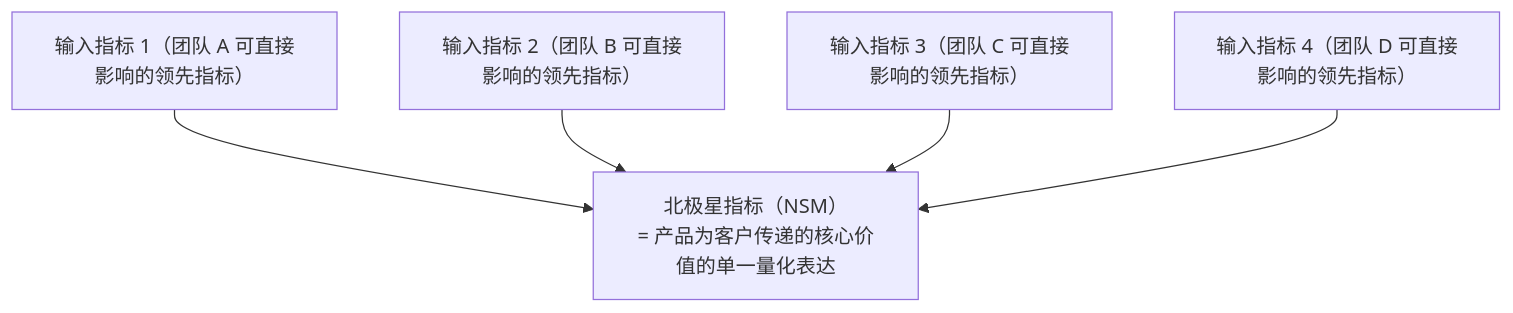
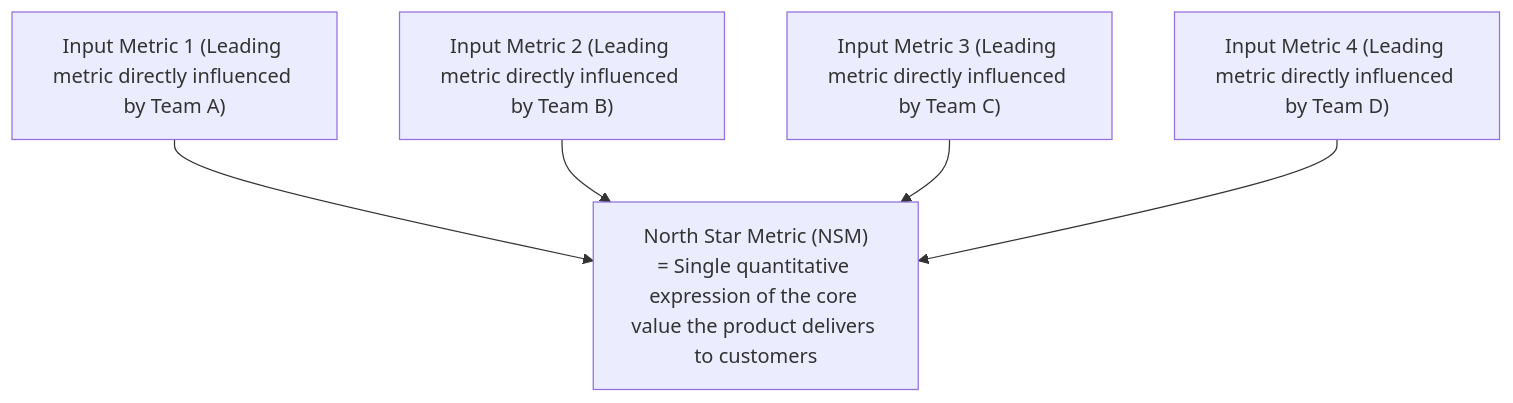
The first of 2 diagrams in references/product-growth/north-star.md (Kirky-X/kueiku), drawn with Mermaid before and after one commit. The commit also changed other lines of this file and 126 other files, not shown here.

````diff
--- a/references/product-growth/north-star.md
+++ b/references/product-growth/north-star.md
@@ -7,8 +7,8 @@
 ```mermaid
 flowchart TD
-    NSM["北极星指标（NSM）<br/>= 产品为客户传递的核心价值的单一量化表达"]
-    I1["输入指标 1（团队 A 可直接影响的领先指标）"] --> NSM
-    I2["输入指标 2（团队 B 可直接影响的领先指标）"] --> NSM
-    I3["输入指标 3（团队 C 可直接影响的领先指标）"] --> NSM
-    I4["输入指标 4（团队 D 可直接影响的领先指标）"] --> NSM
+    NSM["North Star Metric (NSM)<br/>= Single quantitative expression of the core value the product delivers to customers"]
+    I1["Input Metric 1 (Leading metric directly influenced by Team A)"] --> NSM
+    I2["Input Metric 2 (Leading metric directly influenced by Team B)"] --> NSM
+    I3["Input Metric 3 (Leading metric directly influenced by Team C)"] --> NSM
+    I4["Input Metric 4 (Leading metric directly influenced by Team D)"] --> NSM
 ```
````
